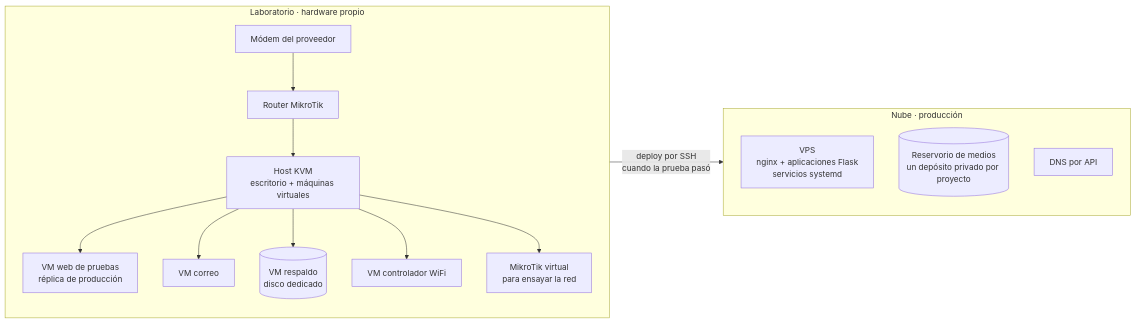
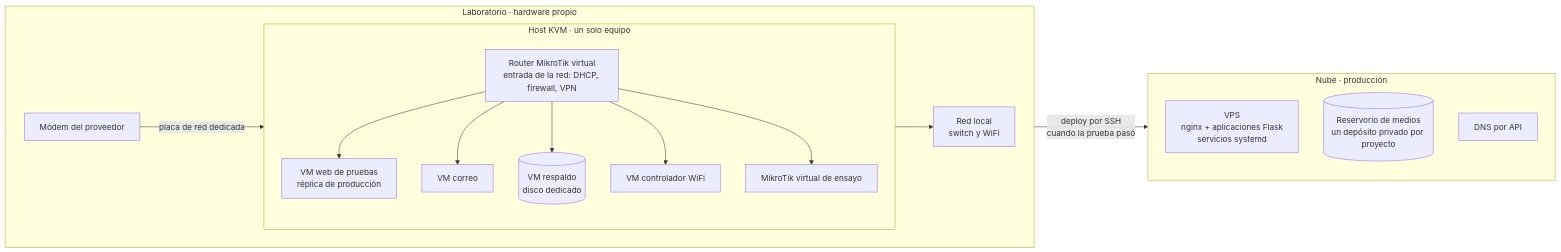
Before and after one commit to druidatech-net/infraestructura-druidatech: the first of 3 diagrams in README.md, drawn with Mermaid. The commit also changed other lines of this file, not shown here.

Commit message:
Red: el router de entrada es el MikroTik virtual; arranca primero y el físico queda de respaldo

````diff
--- a/README.md
+++ b/README.md
@@ -24,20 +24,24 @@
 ```mermaid
 flowchart LR
     subgraph LAB[Laboratorio · hardware propio]
-        direction TB
-        H[Host KVM<br/>escritorio + máquinas virtuales]
-        H --> W[VM web de pruebas<br/>réplica de producción]
-        H --> C[VM correo]
-        H --> B[(VM respaldo<br/>disco dedicado)]
-        H --> U[VM controlador WiFi]
-        H --> K[MikroTik virtual<br/>para ensayar la red]
-        M[Módem del proveedor] --> R[Router MikroTik] --> H
+        direction LR
+        M[Módem del proveedor] -->|placa de red dedicada| K
+        subgraph H[Host KVM · un solo equipo]
+            direction TB
+            K[Router MikroTik virtual<br/>entrada de la red: DHCP, firewall, VPN]
+            K --> W[VM web de pruebas<br/>réplica de producción]
+            K --> C[VM correo]
+            K --> B[(VM respaldo<br/>disco dedicado)]
+            K --> U[VM controlador WiFi]
+            K --> K2[MikroTik virtual de ensayo]
+        end
+        K --> L[Red local<br/>switch y WiFi]
     end
     subgraph NUBE[Nube · producción]
         direction TB
         V[VPS<br/>nginx + aplicaciones Flask<br/>servicios systemd]
         S[(Reservorio de medios<br/>un depósito privado por proyecto)]
         D[DNS por API]
     end
     W -->|"deploy por SSH<br/>cuando la prueba pasó"| V
 ```
````
